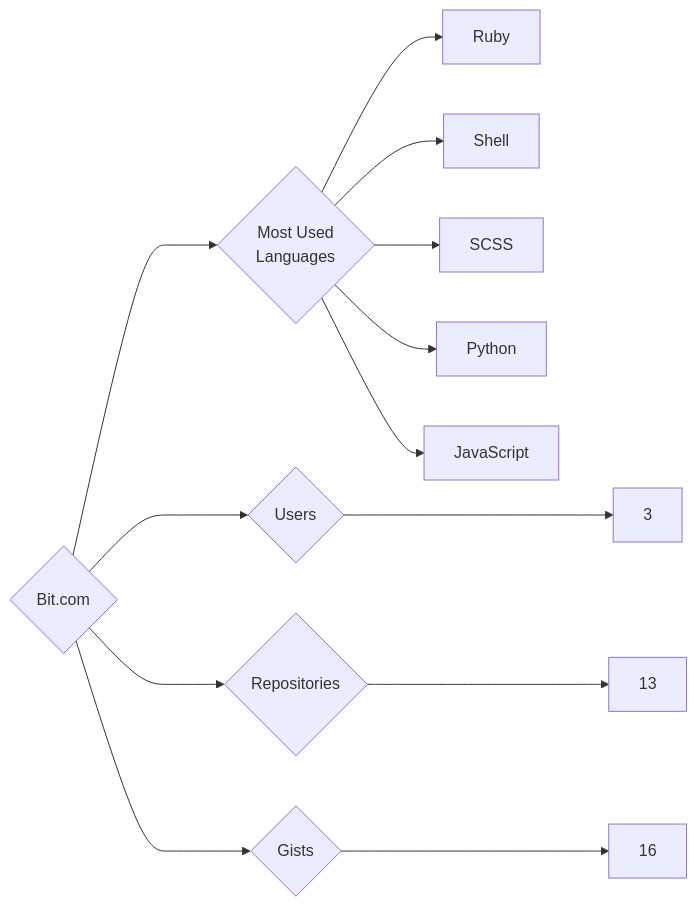
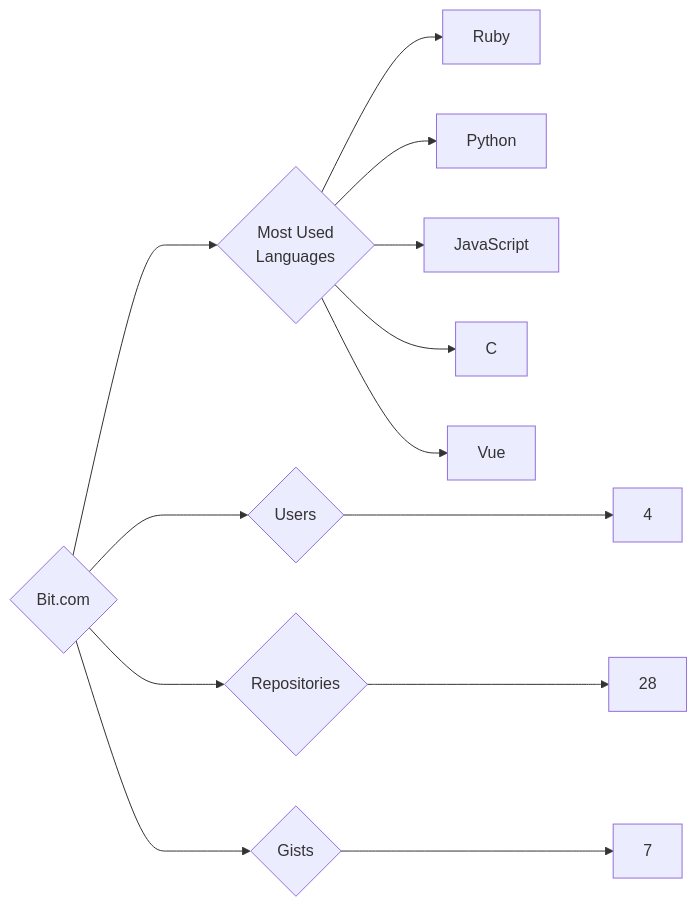
The diagram in targets/Bit.com/README.md (trickest/insiders), drawn with Mermaid before and after one commit. The commit also changed 1123 other files, not shown here.

````diff
--- a/targets/Bit.com/README.md
+++ b/targets/Bit.com/README.md
@@ -3,13 +3,13 @@
 ```mermaid
 graph LR
 COMPANY_NAME{Bit.com}
-COMPANY_NAME ---> U{Users} ---> UN[3]
-COMPANY_NAME ---> R{Repositories} ---> RN[13]
-COMPANY_NAME ---> G{Gists} ---> GN[16]
+COMPANY_NAME ---> U{Users} ---> UN[4]
+COMPANY_NAME ---> R{Repositories} ---> RN[28]
+COMPANY_NAME ---> G{Gists} ---> GN[7]
 COMPANY_NAME ---> ML{Most Used<br>Languages}
 ML --> Ruby[Ruby]
-ML --> Shell[Shell]
-ML --> SCSS[SCSS]
 ML --> Python[Python]
 ML --> JavaScript[JavaScript]
+ML --> C[C]
+ML --> Vue[Vue]
 ```
````
